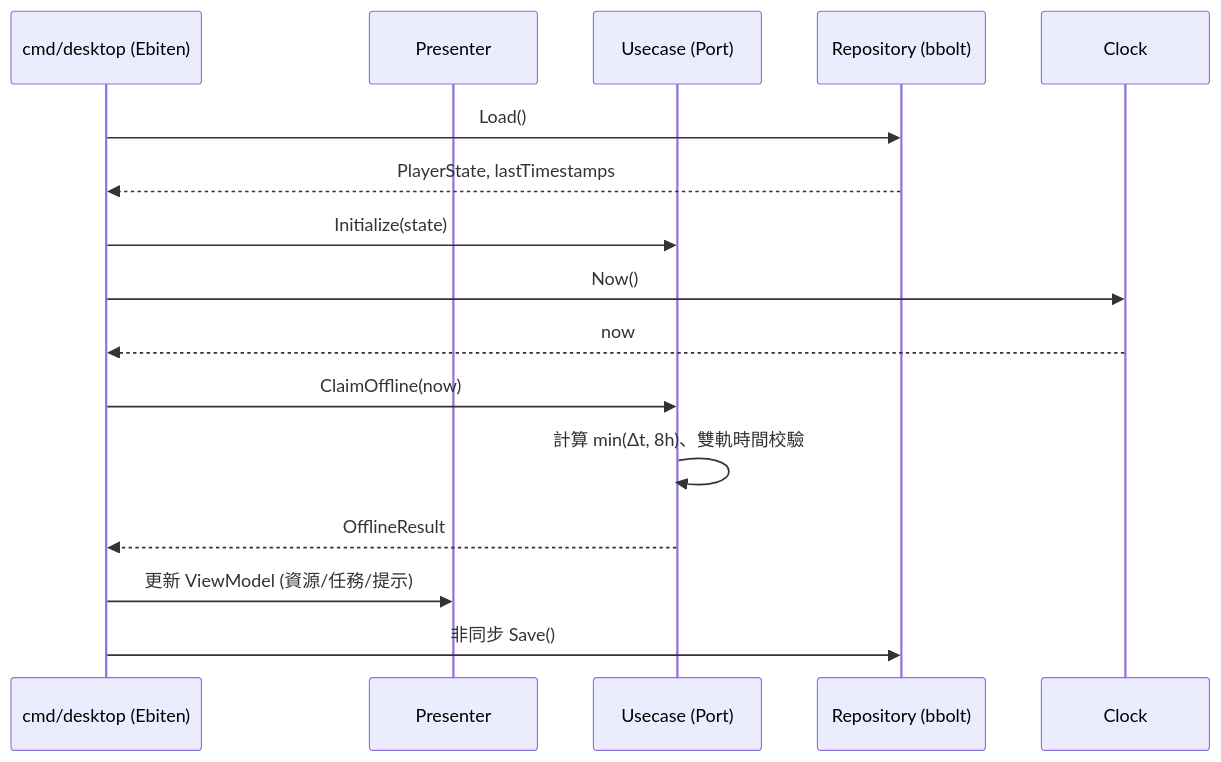
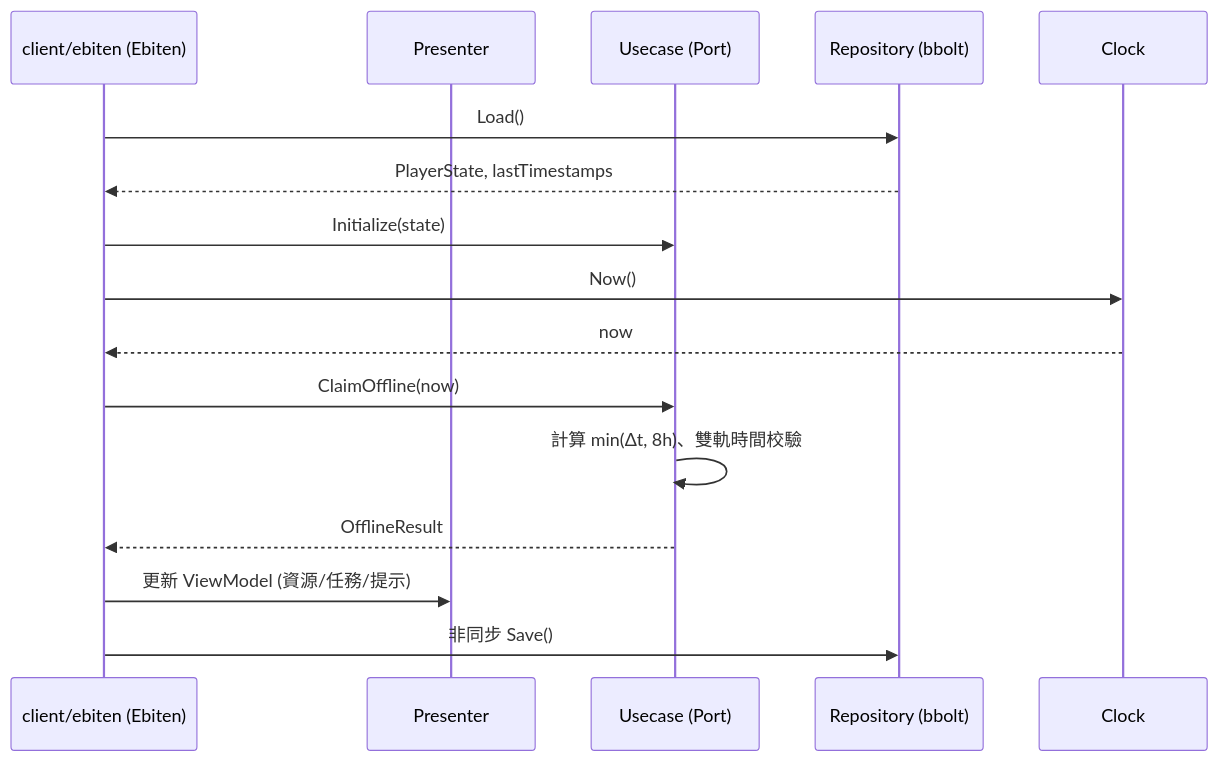
One commit to Gary-GaGa/go-ddd-architecture changed the second of 4 diagrams in docs/architecture.md. Above: the diagram before and after it, drawn with Mermaid. The commit also changed other lines of this file and 4 other files, not shown here.

````diff
--- a/docs/architecture.md
+++ b/docs/architecture.md
@@ -45,19 +46,19 @@
 ```mermaid
 sequenceDiagram
-  participant App as cmd/desktop (Ebiten)
+  participant App as client/ebiten (Ebiten)
   participant PRES as Presenter
   participant UC as Usecase (Port)
   participant REPO as Repository (bbolt)
   participant CLK as Clock
 
   App->>REPO: Load()
   REPO-->>App: PlayerState, lastTimestamps
   App->>UC: Initialize(state)
   App->>CLK: Now()
   CLK-->>App: now
   App->>UC: ClaimOffline(now)
   UC->>UC: 計算 min(Δt, 8h)、雙軌時間校驗
   UC-->>App: OfflineResult
   App->>PRES: 更新 ViewModel (資源/任務/提示)
   App->>REPO: 非同步 Save()
 ```
````
